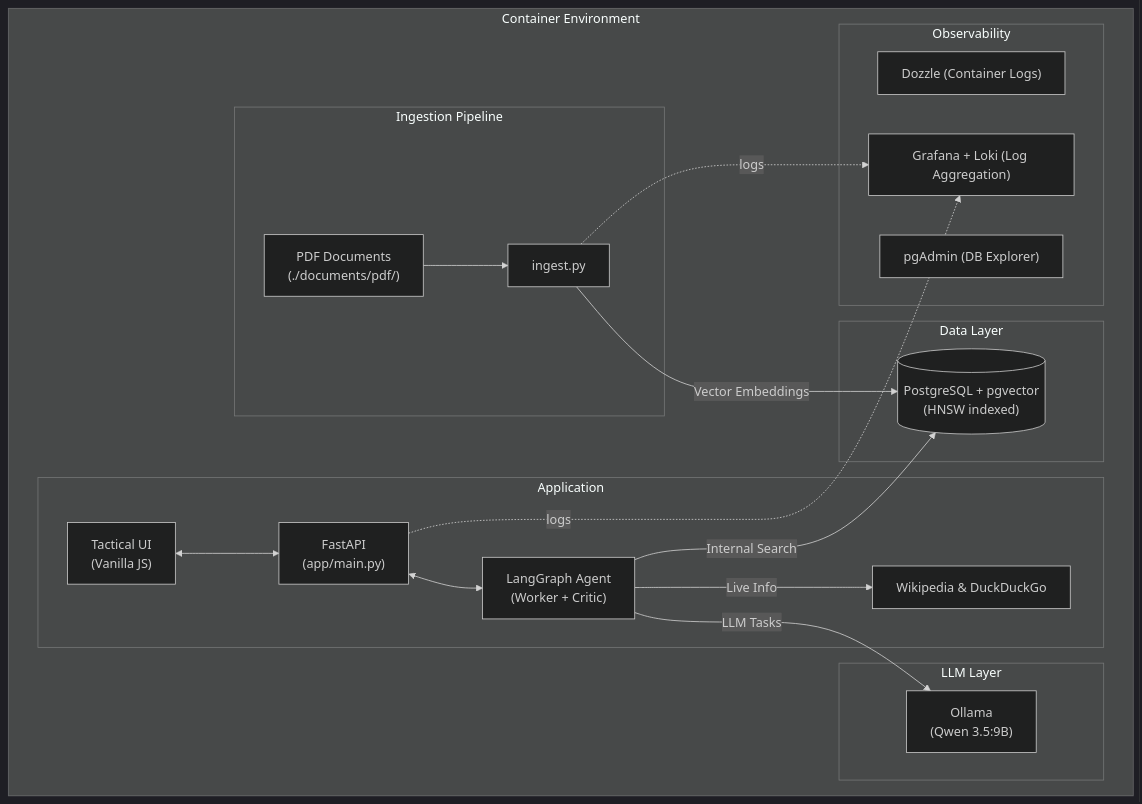
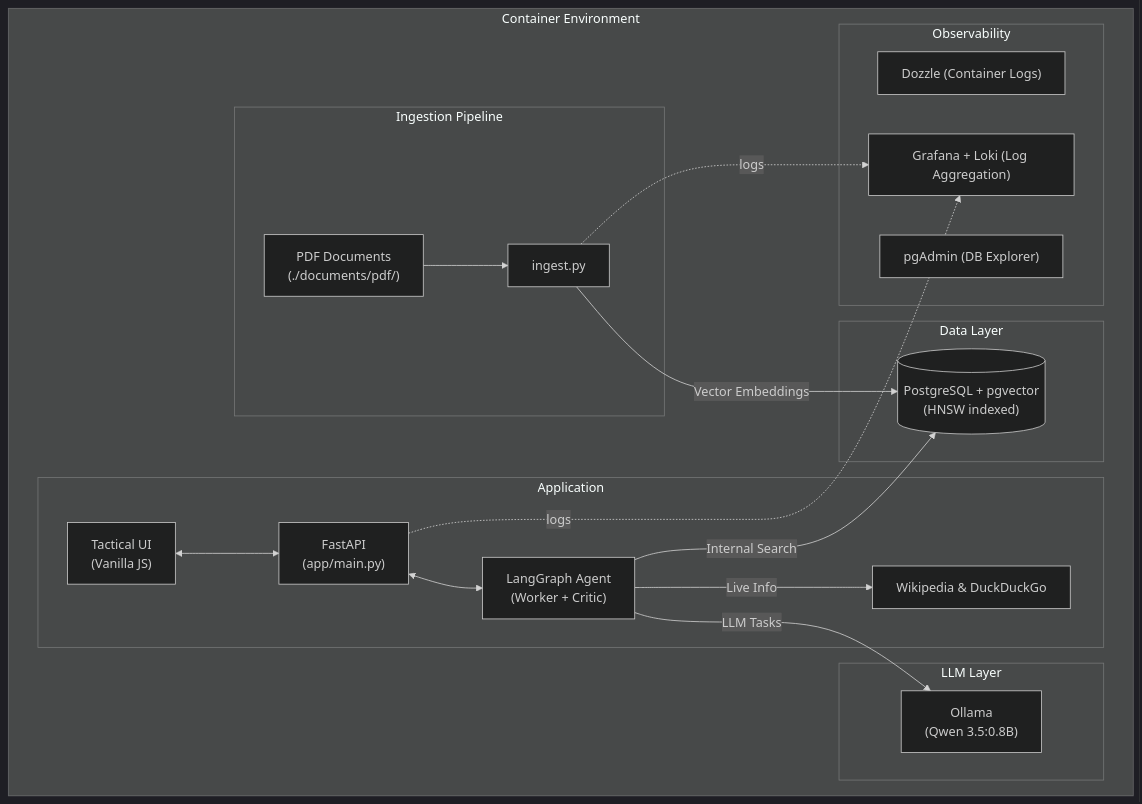
Before and after one commit to fbaierl/geo-vision-lab: the diagram in README.md, drawn with Mermaid. The commit also changed other lines of this file and 4 other files, not shown here.

````diff
--- a/README.md
+++ b/README.md
@@ -41,35 +41,35 @@
 ```mermaid
 %%{init: {'theme': 'dark'}}%%
 graph TD
     subgraph Docker ["Container Environment"]
         subgraph Data ["Data Layer"]
             PG[("PostgreSQL + pgvector\n(HNSW indexed)")]
         end
 
         subgraph LLM ["LLM Layer"]
-            OL["Ollama\n(Qwen 3.5:9B)"]
+            OL["Ollama\n(Qwen 3.5:0.8B)"]
         end
 
         subgraph Ingestion ["Ingestion Pipeline"]
             PDF["PDF Documents\n(./documents/pdf/)"] --> ING["ingest.py"]
             ING -->|"Vector Embeddings"| PG
         end
 
         subgraph App ["Application"]
             UI["Tactical UI\n(Vanilla JS)"] <--> API["FastAPI\n(app/main.py)"]
             API <--> AGENT["LangGraph Agent\n(Worker + Critic)"]
             AGENT -->|"Internal Search"| PG
             AGENT -->|"LLM Tasks"| OL
             AGENT -->|"Live Info"| WEB["Wikipedia & DuckDuckGo"]
         end
 
         subgraph Ops ["Observability"]
             DZ["Dozzle (Container Logs)"]
             GF["Grafana + Loki (Log Aggregation)"]
             PA["pgAdmin (DB Explorer)"]
         end
     end
 
     API -.->|"logs"| GF
     ING -.->|"logs"| GF
 ```
````
